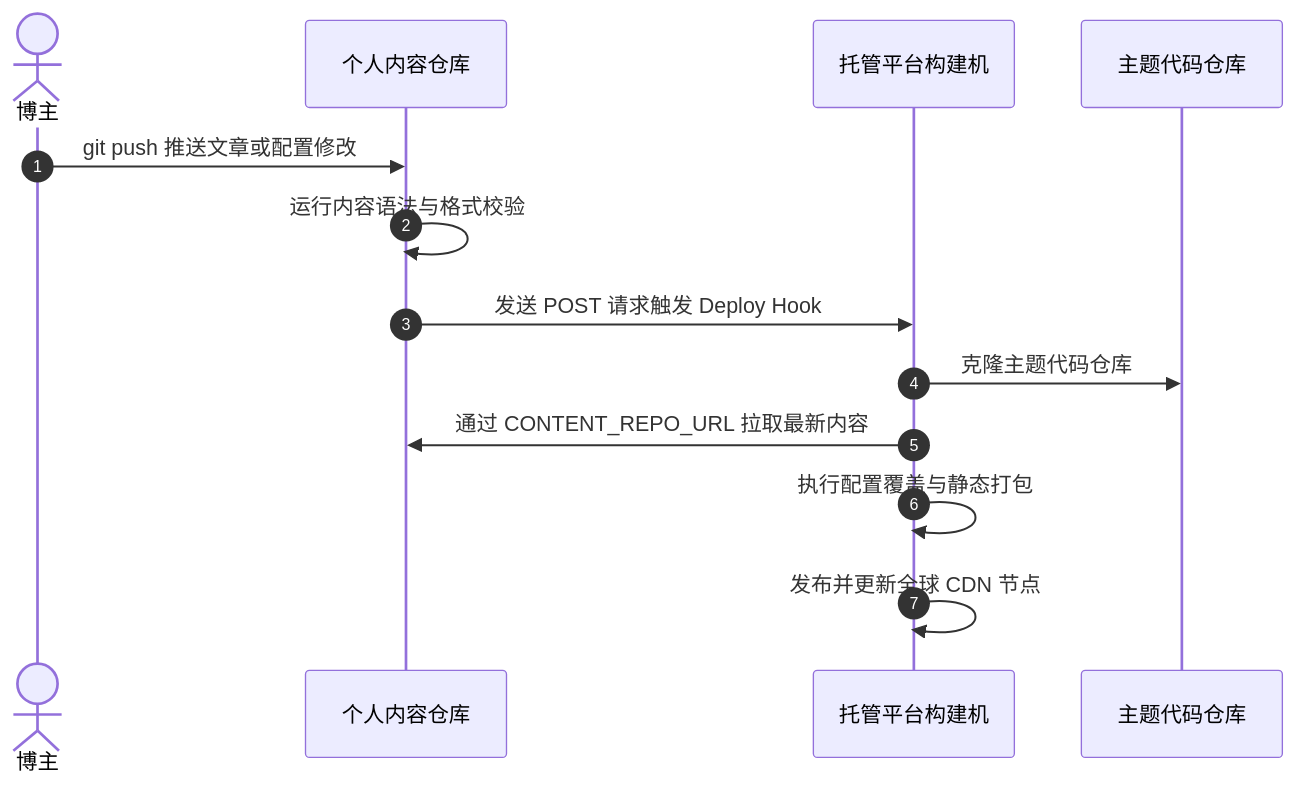
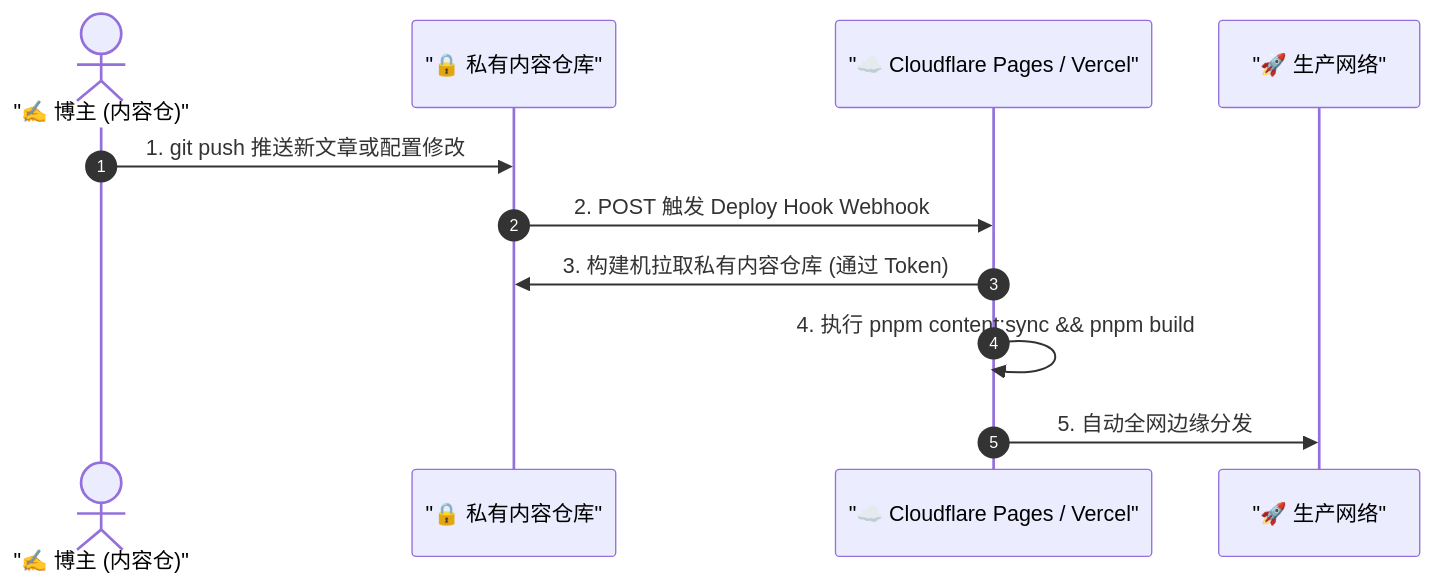
One commit to LyraVoid/Shirone-Docs changed the diagram in docs/guide/content-separation/deploy-hooks/README.md. Above: the diagram before and after it, drawn with Mermaid. The commit also changed other lines of this file and 15 other files, not shown here.

````diff
--- a/docs/guide/content-separation/deploy-hooks/README.md
+++ b/docs/guide/content-separation/deploy-hooks/README.md
@@ -13,16 +13,14 @@
 ```mermaid
 sequenceDiagram
     autonumber
-    actor Author as 博主
-    participant ContentRepo as 个人内容仓库
-    participant Hosting as 托管平台构建机
-    participant ThemeRepo as 主题代码仓库
+    actor Author as "✍️ 博主 (内容仓)"
+    participant ContentRepo as "🔒 私有内容仓库"
+    participant Cloudflare as "☁️ Cloudflare Pages / Vercel"
+    participant CDN as "🚀 生产网络"
 
-    Author->>ContentRepo: git push 推送文章或配置修改
-    ContentRepo->>ContentRepo: 运行内容语法与格式校验
-    ContentRepo->>Hosting: 发送 POST 请求触发 Deploy Hook
-    Hosting->>ThemeRepo: 克隆主题代码仓库
-    Hosting->>ContentRepo: 通过 CONTENT_REPO_URL 拉取最新内容
-    Hosting->>Hosting: 执行配置覆盖与静态打包
-    Hosting->>Hosting: 发布并更新全球 CDN 节点
+    Author->>ContentRepo: 1. git push 推送新文章或配置修改
+    ContentRepo->>Cloudflare: 2. POST 触发 Deploy Hook Webhook
+    Cloudflare->>ContentRepo: 3. 构建机拉取私有内容仓库 (通过 Token)
+    Cloudflare->>Cloudflare: 4. 执行 pnpm content:sync && pnpm build
+    Cloudflare->>CDN: 5. 自动全网边缘分发
 ```
````
